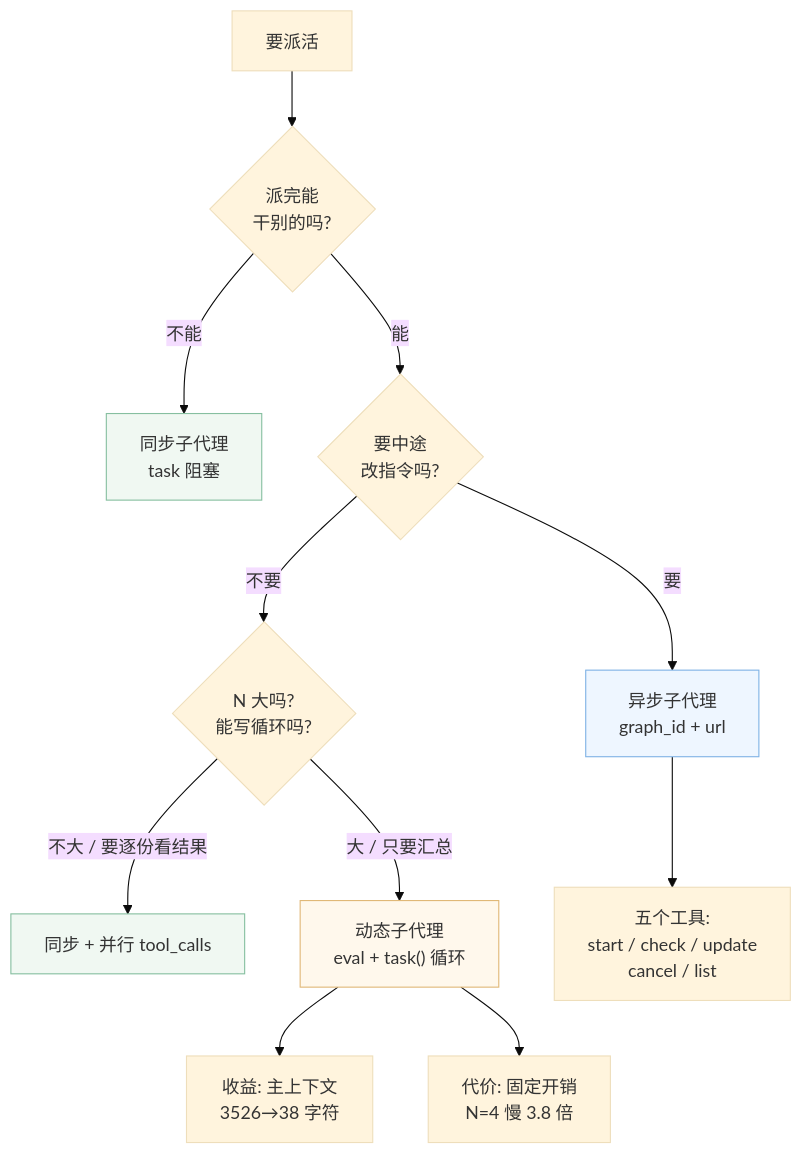
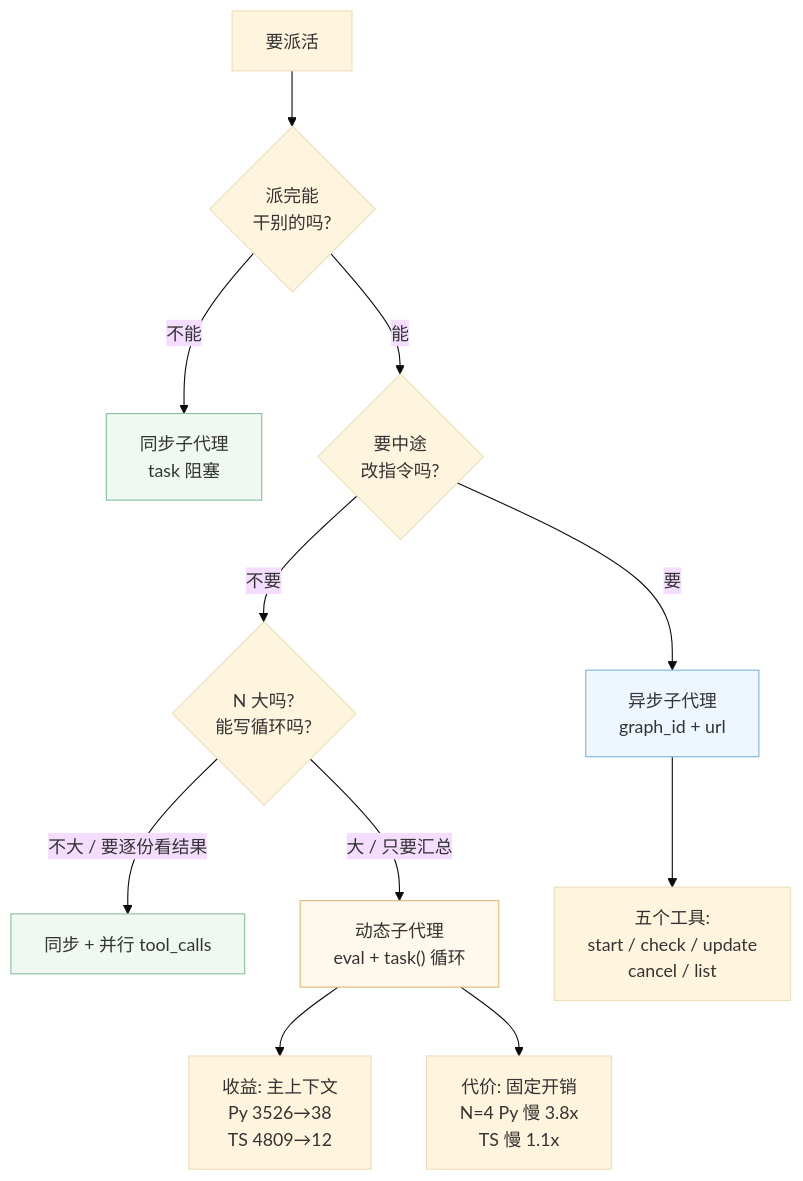
Before and after one commit to HACK-WU/learning: the second of 2 diagrams in langchain/deepagents/stages/4-委派与上线/lessons/12-异步与动态子代理.md, drawn with Mermaid (base theme). The commit also changed other lines of this file and 53 other files, not shown here.

````diff
--- a/langchain/deepagents/stages/4-委派与上线/lessons/12-异步与动态子代理.md
+++ b/langchain/deepagents/stages/4-委派与上线/lessons/12-异步与动态子代理.md
@@ -711,19 +1151,19 @@
 ```mermaid
 flowchart TD
     Q["要派活"] --> A{"派完能<br/>干别的吗?"}
     A -->|"不能"| SYNC["同步子代理<br/>task 阻塞"]
     A -->|"能"| B{"要中途<br/>改指令吗?"}
     B -->|"要"| ASYNC["异步子代理<br/>graph_id + url"]
     B -->|"不要"| C{"N 大吗?<br/>能写循环吗?"}
     C -->|"不大 / 要逐份看结果"| PAR["同步 + 并行 tool_calls"]
     C -->|"大 / 只要汇总"| DYN["动态子代理<br/>eval + task() 循环"]
 
     ASYNC --> A5["五个工具:<br/>start / check / update<br/>cancel / list"]
-    DYN --> D1["收益: 主上下文<br/>3526→38 字符"]
-    DYN --> D2["代价: 固定开销<br/>N=4 慢 3.8 倍"]
+    DYN --> D1["收益: 主上下文<br/>Py 3526→38<br/>TS 4809→12"]
+    DYN --> D2["代价: 固定开销<br/>N=4 Py 慢 3.8x<br/>TS 慢 1.1x"]
 
     style SYNC fill:#f0f8f2,stroke:#86bfa0
     style ASYNC fill:#eef6ff,stroke:#7fb2e5
     style DYN fill:#fff8ec,stroke:#e0b877
     style PAR fill:#f0f8f2,stroke:#86bfa0
 ```
````
